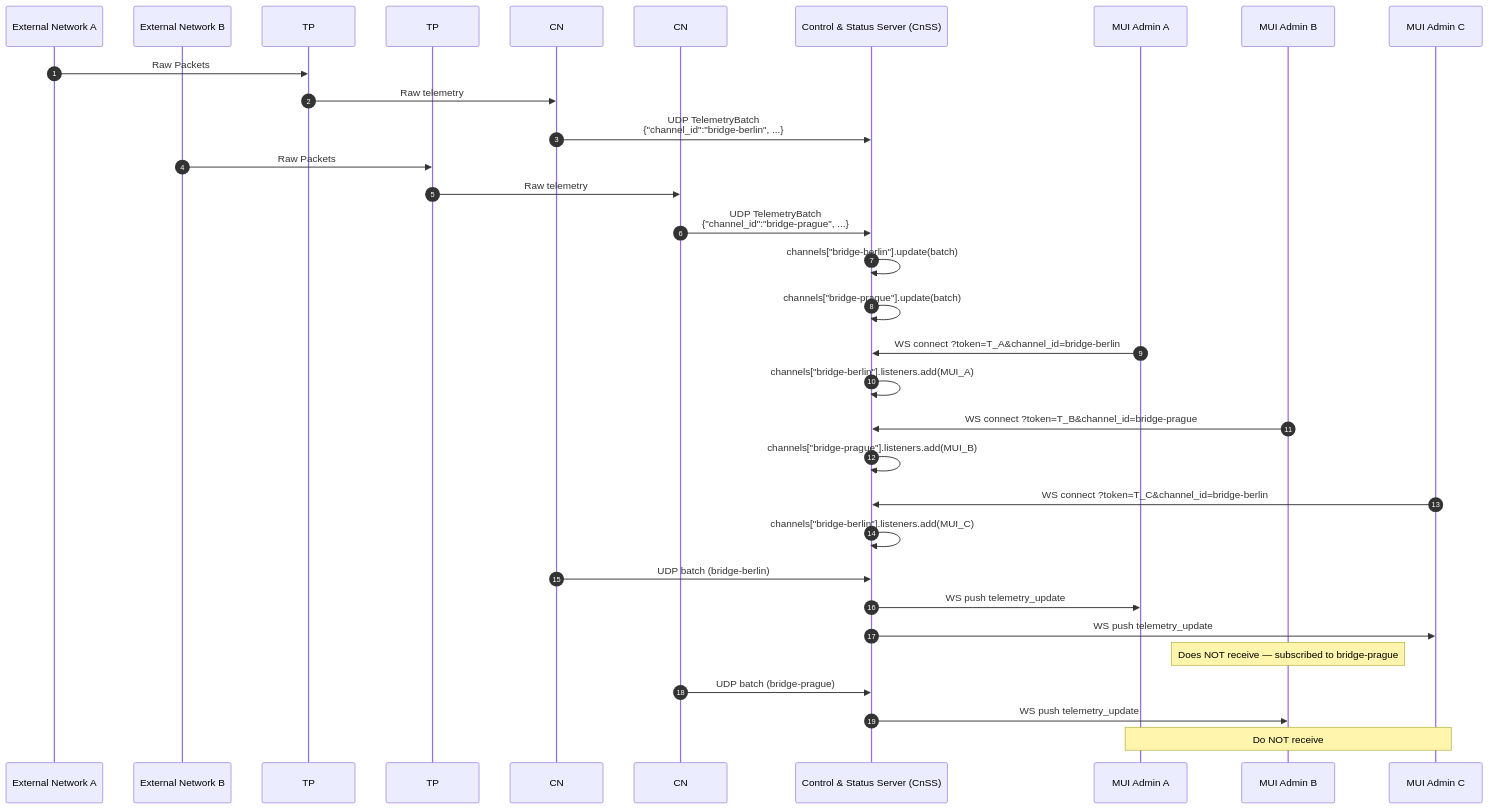
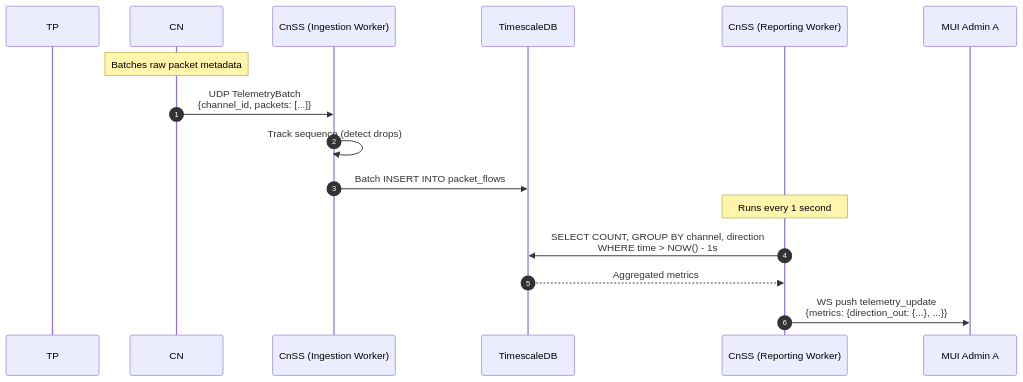
The second of 3 diagrams in docs/system-documentation.md (SWP-47/traffic-processing-platform), drawn with Mermaid before and after one commit. The commit also changed other lines of this file, not shown here.

````diff
--- a/docs/system-documentation.md
+++ b/docs/system-documentation.md
@@ -102,43 +99,22 @@
 ```mermaid
 sequenceDiagram
     autonumber
-    participant NetA as External Network A
-    participant NetB as External Network B
     participant TP1 as TP #1 (bridge-berlin)
-    participant TP2 as TP #2 (bridge-prague)
     participant CN1 as CN #1 (channel: bridge-berlin)
-    participant CN2 as CN #2 (channel: bridge-prague)
-    participant CnSS as Control & Status Server (CnSS)
+    participant CnSS_Ingest as CnSS (Ingestion Worker)
+    participant DB as TimescaleDB
+    participant CnSS_Report as CnSS (Reporting Worker)
     participant MUI_A as MUI Admin A
-    participant MUI_B as MUI Admin B
-    participant MUI_C as MUI Admin C
 
-    NetA->>TP1: Raw Packets
-    TP1->>CN1: Raw telemetry
-    CN1->>CnSS: UDP TelemetryBatch<br/>{"channel_id":"bridge-berlin", ...}
-
-    NetB->>TP2: Raw Packets
-    TP2->>CN2: Raw telemetry
-    CN2->>CnSS: UDP TelemetryBatch<br/>{"channel_id":"bridge-prague", ...}
-
-    CnSS->>CnSS: channels["bridge-berlin"].update(batch)
-    CnSS->>CnSS: channels["bridge-prague"].update(batch)
-
-    MUI_A->>CnSS: WS connect ?token=T_A&channel_id=bridge-berlin
-    CnSS->>CnSS: channels["bridge-berlin"].listeners.add(MUI_A)
-
-    MUI_B->>CnSS: WS connect ?token=T_B&channel_id=bridge-prague
-    CnSS->>CnSS: channels["bridge-prague"].listeners.add(MUI_B)
-
-    MUI_C->>CnSS: WS connect ?token=T_C&channel_id=bridge-berlin
-    CnSS->>CnSS: channels["bridge-berlin"].listeners.add(MUI_C)
-
-    CN1->>CnSS: UDP batch (bridge-berlin)
-    CnSS->>MUI_A: WS push telemetry_update
-    CnSS->>MUI_C: WS push telemetry_update
-    Note over MUI_B: Does NOT receive — subscribed to bridge-prague
-
-    CN2->>CnSS: UDP batch (bridge-prague)
-    CnSS->>MUI_B: WS push telemetry_update
-    Note over MUI_A,MUI_C: Do NOT receive
+    Note over CN1: Batches raw packet metadata
+    CN1->>CnSS_Ingest: UDP TelemetryBatch <br/> {channel_id, packets: [...]}
+    
+    CnSS_Ingest->>CnSS_Ingest: Track sequence (detect drops)
+    CnSS_Ingest->>DB: Batch INSERT INTO packet_flows
+    
+    Note over CnSS_Report: Runs every 1 second
+    CnSS_Report->>DB: SELECT COUNT, GROUP BY channel, direction <br/> WHERE time > NOW() - 1s
+    DB-->>CnSS_Report: Aggregated metrics
+    
+    CnSS_Report->>MUI_A: WS push telemetry_update <br/> {metrics: {direction_out: {...}, ...}}
 ```
````
